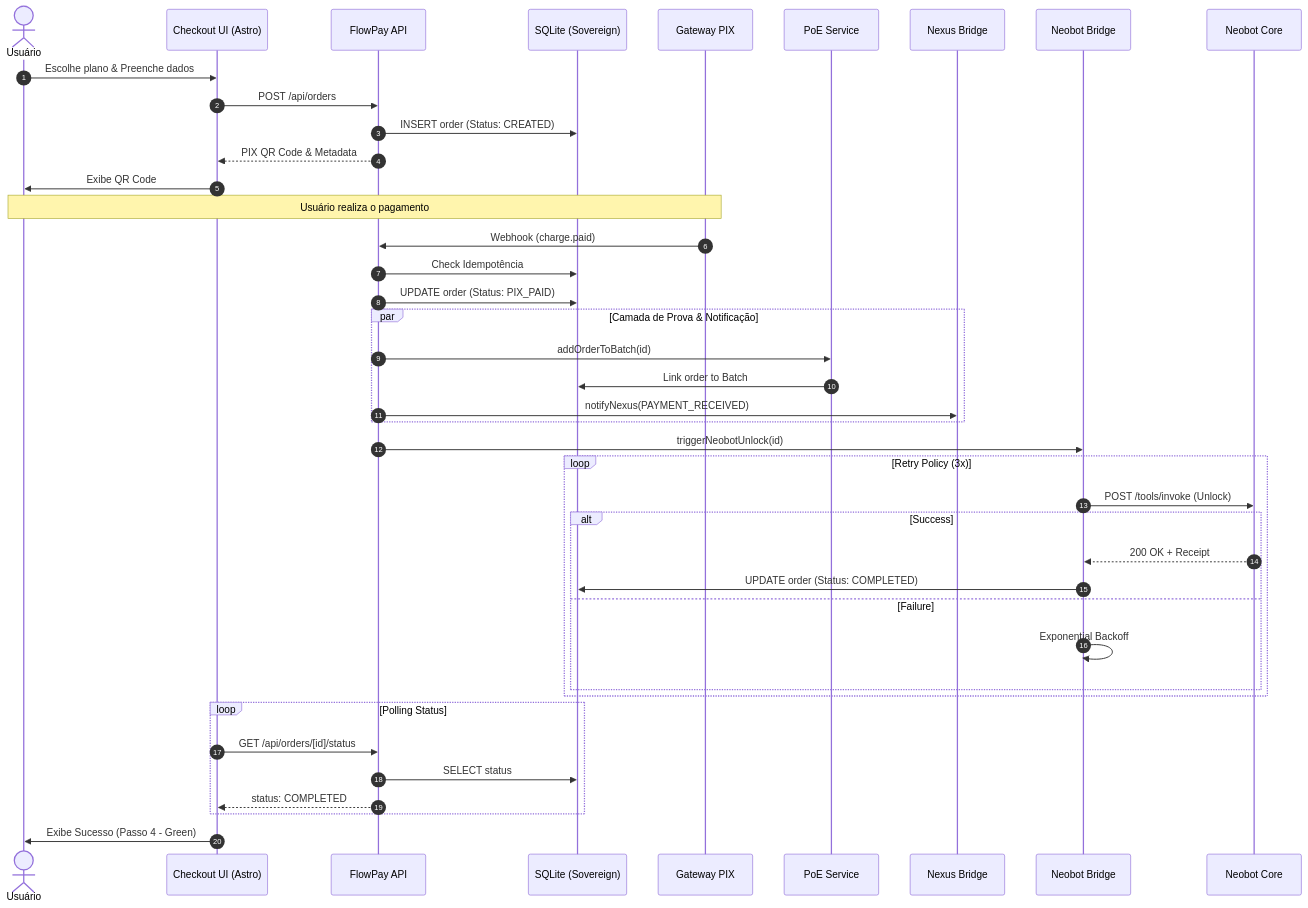
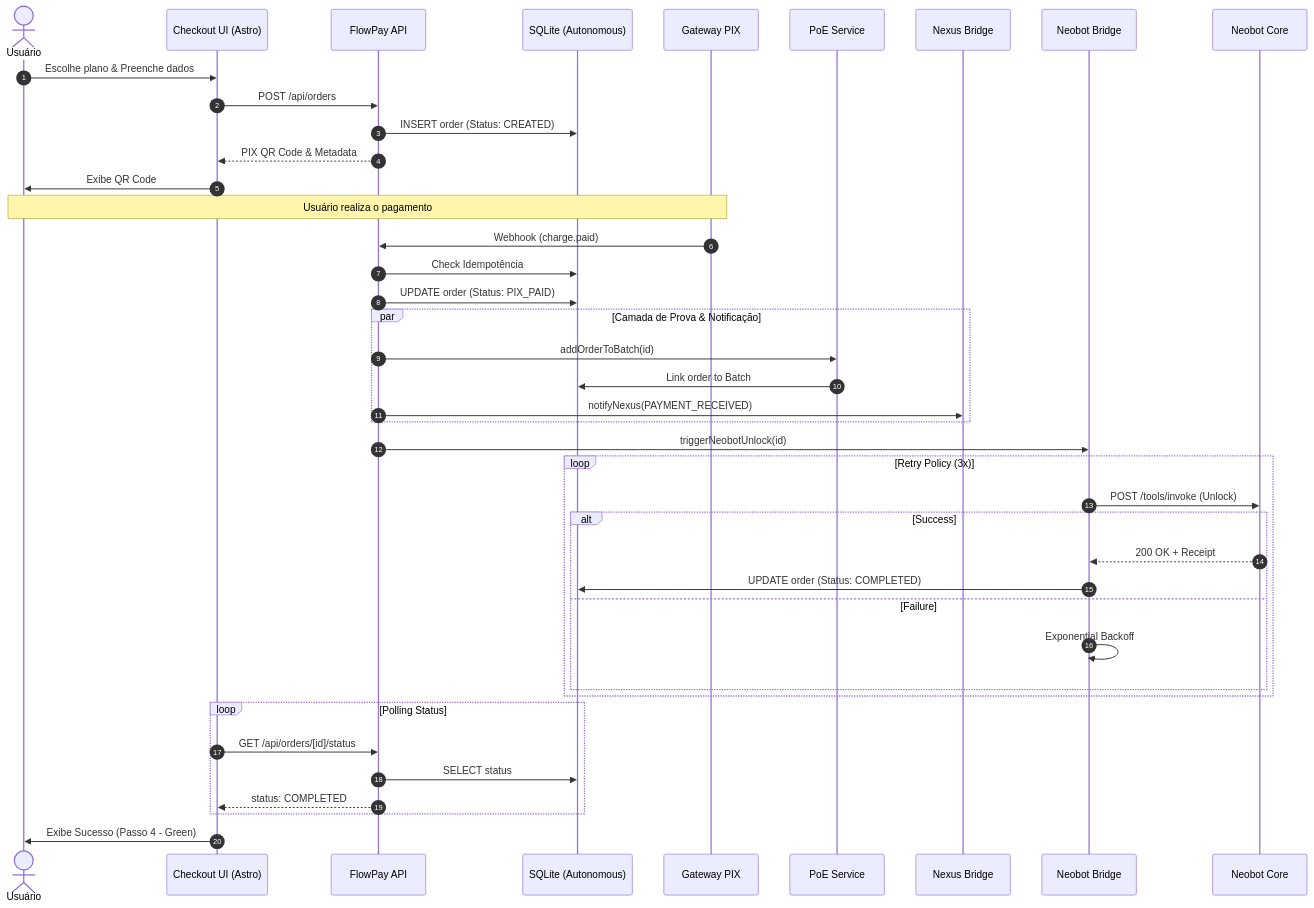
The first of 4 diagrams in docs/PAYMENT_FLOW.md (flowpaycash/flowpay), drawn with Mermaid before and after one commit. The commit also changed other lines of this file and 20 other files, not shown here.

Commit message:
refactor: rename mentions of Sovereign to Autonomous

````diff
--- a/docs/PAYMENT_FLOW.md
+++ b/docs/PAYMENT_FLOW.md
@@ -9,51 +9,51 @@
 ```mermaid
 sequenceDiagram
     autonumber
     actor User as Usuário
     participant UI as Checkout UI (Astro)
     participant API as FlowPay API
-    participant DB as SQLite (Sovereign)
+    participant DB as SQLite (Autonomous)
     participant Woovi as Gateway PIX
     participant PoE as PoE Service
     participant Nexus as Nexus Bridge
     participant Bridge as Neobot Bridge
     participant Bot as Neobot Core
 
     User->>UI: Escolhe plano & Preenche dados
     UI->>API: POST /api/orders
     API->>DB: INSERT order (Status: CREATED)
     API-->>UI: PIX QR Code & Metadata
     UI->>User: Exibe QR Code
 
     Note over User,Woovi: Usuário realiza o pagamento
     
     Woovi->>API: Webhook (charge.paid)
     API->>DB: Check Idempotência
     API->>DB: UPDATE order (Status: PIX_PAID)
     
     par Camada de Prova & Notificação
         API->>PoE: addOrderToBatch(id)
         PoE->>DB: Link order to Batch
         API->>Nexus: notifyNexus(PAYMENT_RECEIVED)
     end
 
     API->>Bridge: triggerNeobotUnlock(id)
     
     loop Retry Policy (3x)
         Bridge->>Bot: POST /tools/invoke (Unlock)
         alt Success
             Bot-->>Bridge: 200 OK + Receipt
             Bridge->>DB: UPDATE order (Status: COMPLETED)
         else Failure
             Bridge->>Bridge: Exponential Backoff
         end
     end
 
     loop Polling Status
         UI->>API: GET /api/orders/[id]/status
         API->>DB: SELECT status
         API-->>UI: status: COMPLETED
     end
 
     UI->>User: Exibe Sucesso (Passo 4 - Green)
 ```
````
